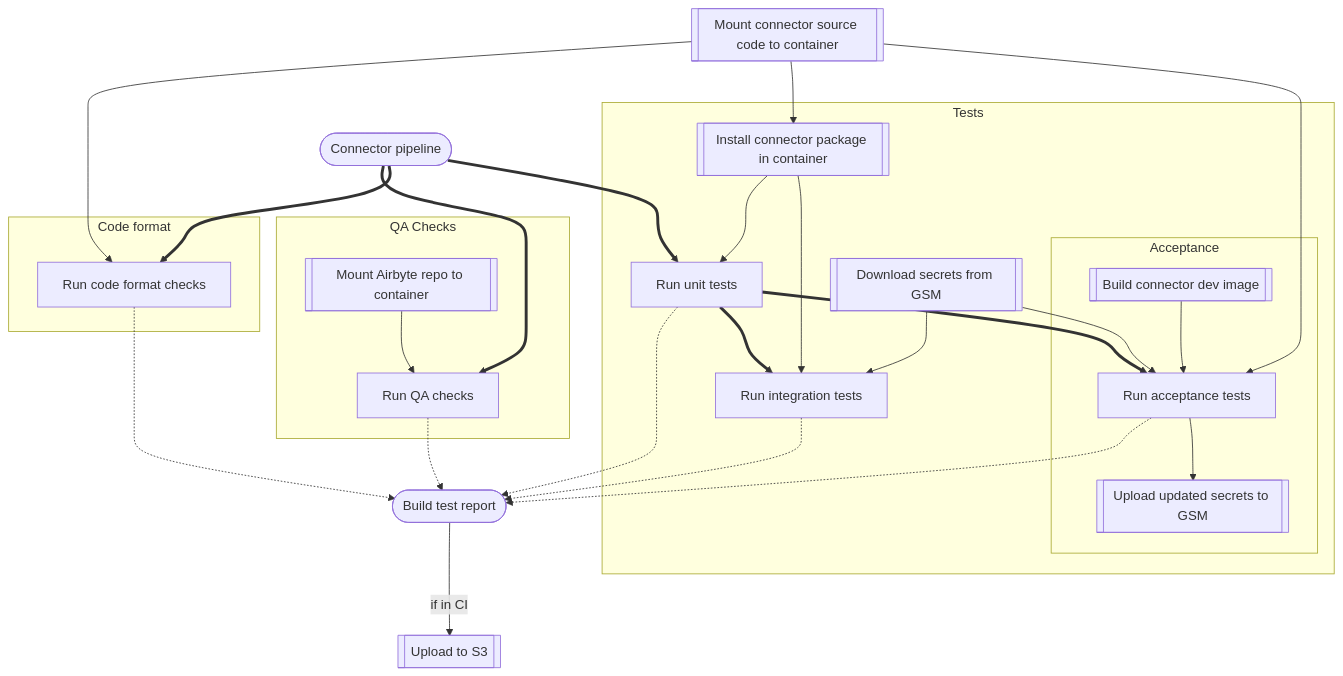
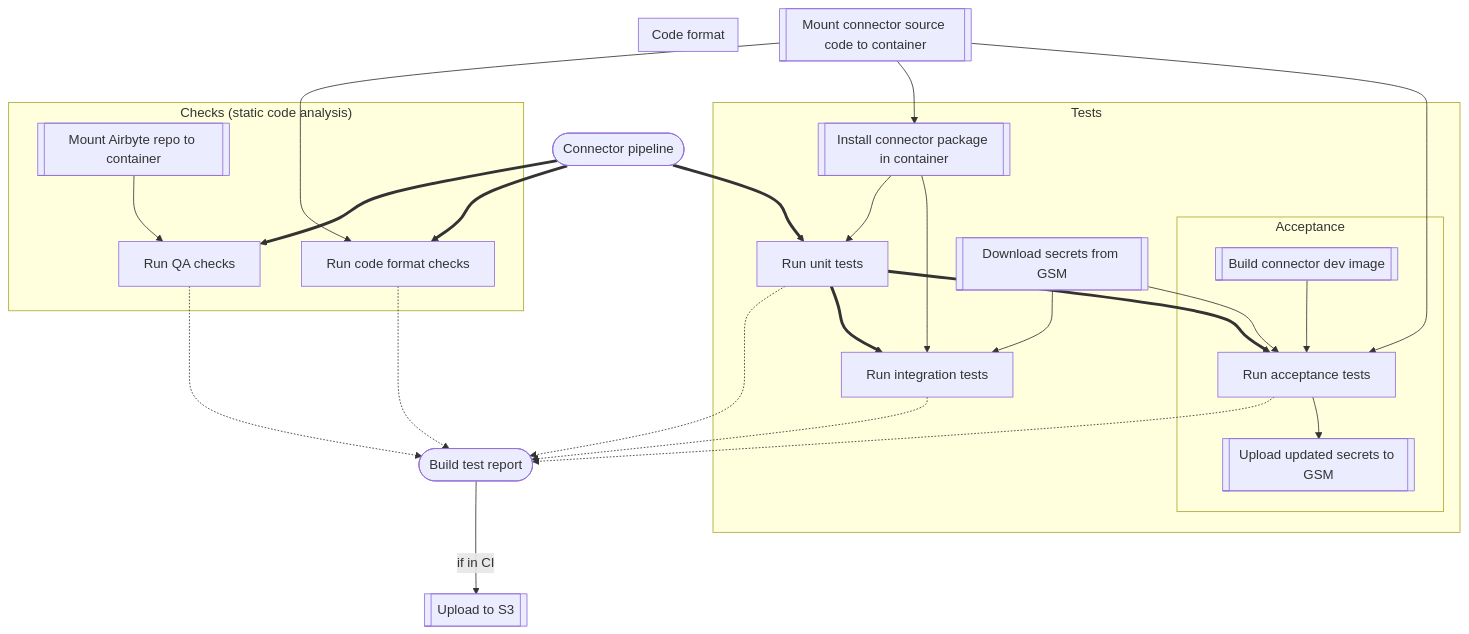
Before and after one commit to airbytehq/airbyte: the diagram in tools/ci_connector_ops/ci_connector_ops/pipelines/README.md, drawn with Mermaid.

Commit message:
update DAG in readme

````diff
--- a/tools/ci_connector_ops/ci_connector_ops/pipelines/README.md
+++ b/tools/ci_connector_ops/ci_connector_ops/pipelines/README.md
@@ -84,20 +84,21 @@
 ```mermaid
 flowchart TB
     conn([Connector pipeline])==>qa & fmt & tu
     src[[Mount connector source code to container]]-->fmt & pkg & ta
     fmt & tu & ti & ta & qa -.-> r([Build test report])--if in CI-->s3[[Upload to S3]]
-    subgraph QA Checks
+    subgraph "Checks (static code analysis)"
         repo[[Mount Airbyte repo to container]]-->qa[Run QA checks]
+        fmt[Run code format checks]
     end
     subgraph Tests
         tu[Run unit tests]==>ti[Run integration tests] & ta[Run acceptance tests]
         pkg[[Install connector package in container]]-->tu & ti
         dsec[[Download secrets from GSM]] --> ti & ta
         subgraph Acceptance
             bld[[Build connector dev image]]-->ta-->upsec[[Upload updated secrets to GSM]]
         end
     end
     subgraph Code format
         fmt[Run code format checks]
     end
 ```
````
